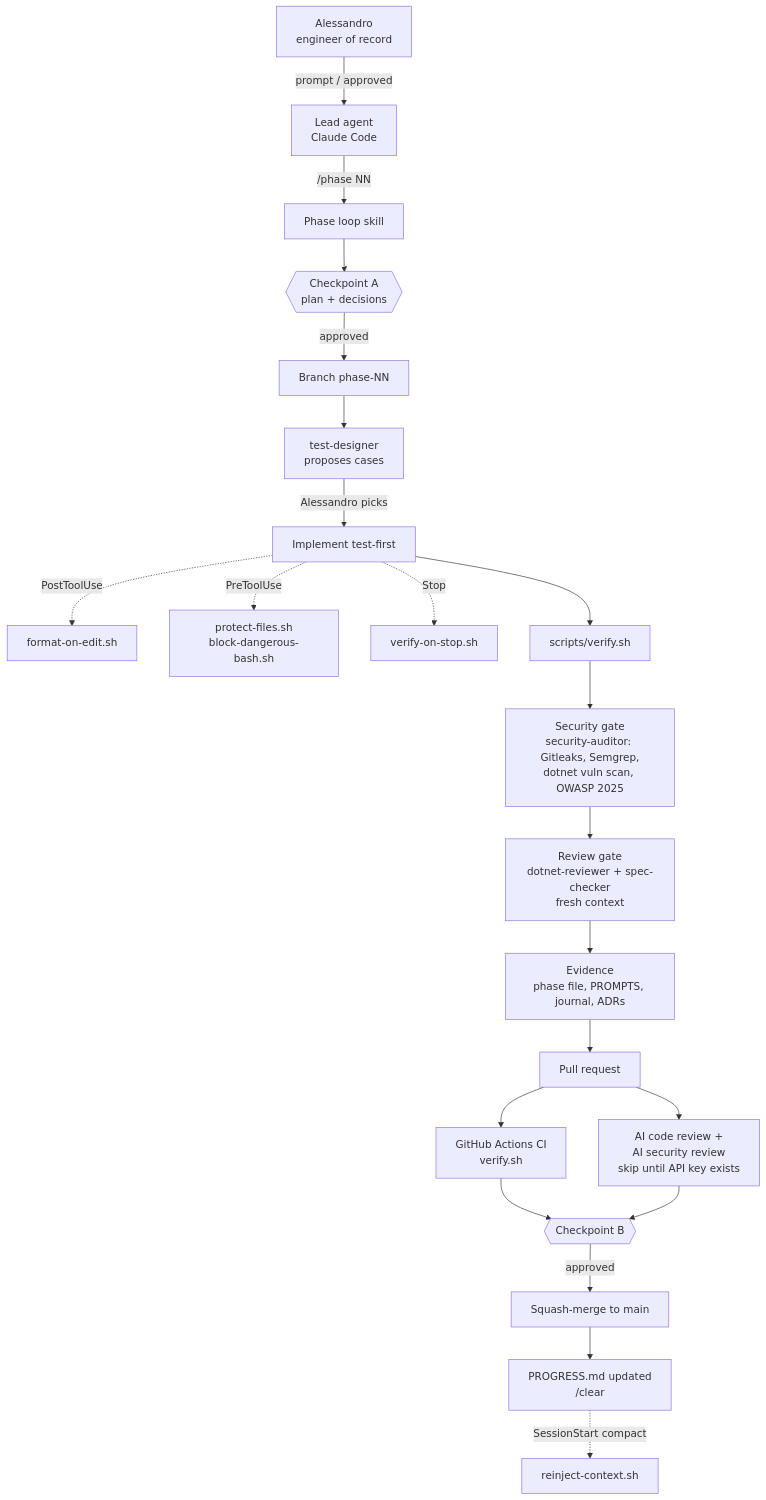
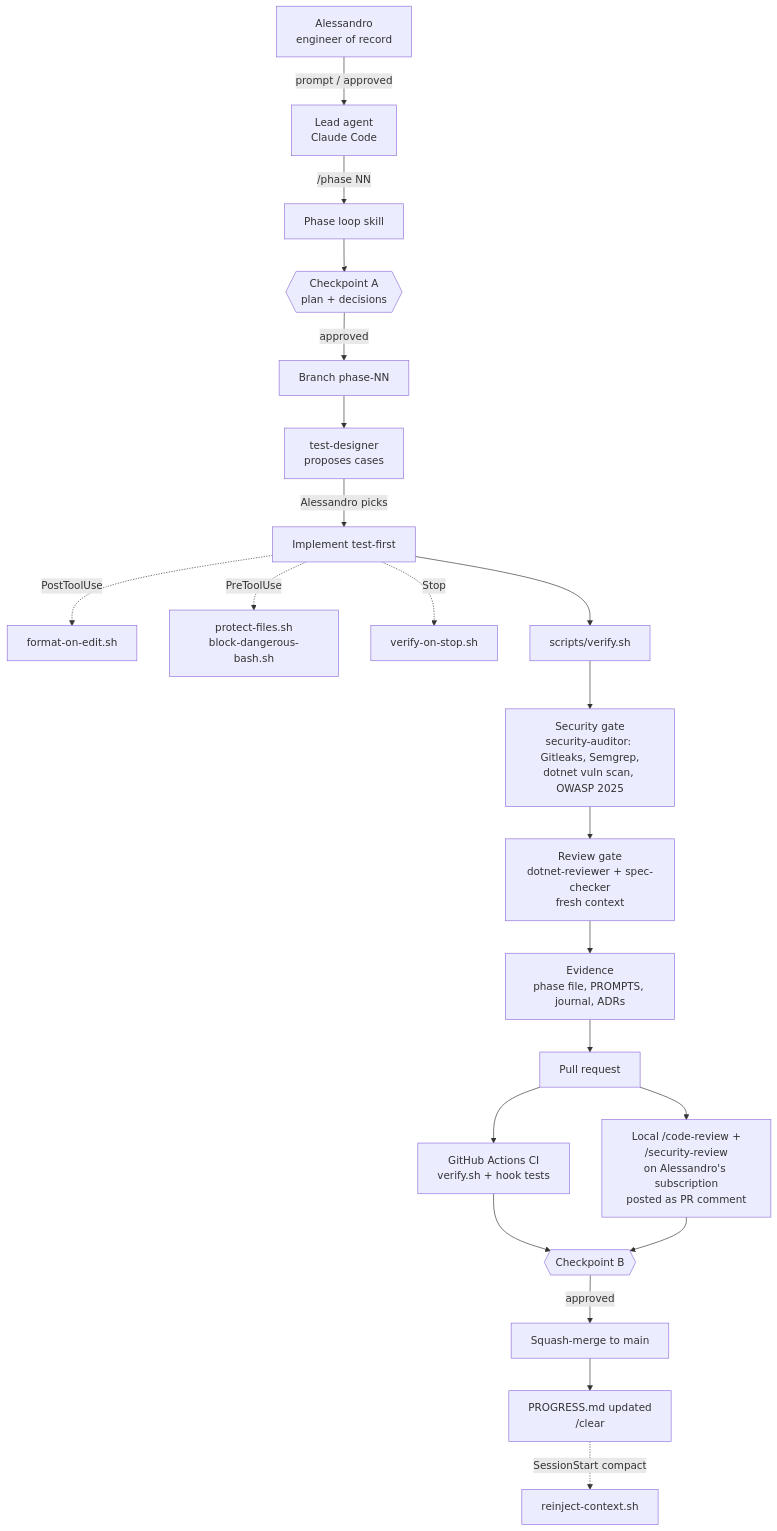
The diagram in docs/ai/ORCHESTRATION.md (Alelentini2001/Mortgage-Application-API-test), drawn with Mermaid before and after one commit. The commit also changed other lines of this file and 9 other files, not shown here.

````diff
--- a/docs/ai/ORCHESTRATION.md
+++ b/docs/ai/ORCHESTRATION.md
@@ -5,24 +5,24 @@
 ```mermaid
 flowchart TD
     A[Alessandro<br/>engineer of record] -->|prompt / approved| L[Lead agent<br/>Claude Code]
     L -->|/phase NN| P[Phase loop skill]
     P --> CA{{Checkpoint A<br/>plan + decisions}}
     CA -->|approved| B[Branch phase-NN]
     B --> TD[test-designer<br/>proposes cases]
     TD -->|Alessandro picks| I[Implement test-first]
     I -. PostToolUse .-> H1[format-on-edit.sh]
     I -. PreToolUse .-> H2[protect-files.sh<br/>block-dangerous-bash.sh]
     I -. Stop .-> H3[verify-on-stop.sh]
     I --> V[scripts/verify.sh]
     V --> SG[Security gate<br/>security-auditor: Gitleaks, Semgrep,<br/>dotnet vuln scan, OWASP 2025]
     SG --> RG[Review gate<br/>dotnet-reviewer + spec-checker<br/>fresh context]
     RG --> E[Evidence<br/>phase file, PROMPTS, journal, ADRs]
     E --> PR[Pull request]
-    PR --> CI[GitHub Actions CI<br/>verify.sh]
-    PR --> AIR[AI code review +<br/>AI security review<br/>skip until API key exists]
+    PR --> CI[GitHub Actions CI<br/>verify.sh + hook tests]
+    PR --> AIR[Local /code-review +<br/>/security-review<br/>on Alessandro's subscription<br/>posted as PR comment]
     CI --> CB{{Checkpoint B}}
     AIR --> CB
     CB -->|approved| M[Squash-merge to main]
     M --> PG[PROGRESS.md updated<br/>/clear]
     PG -. SessionStart compact .-> H4[reinject-context.sh]
 ```
````
